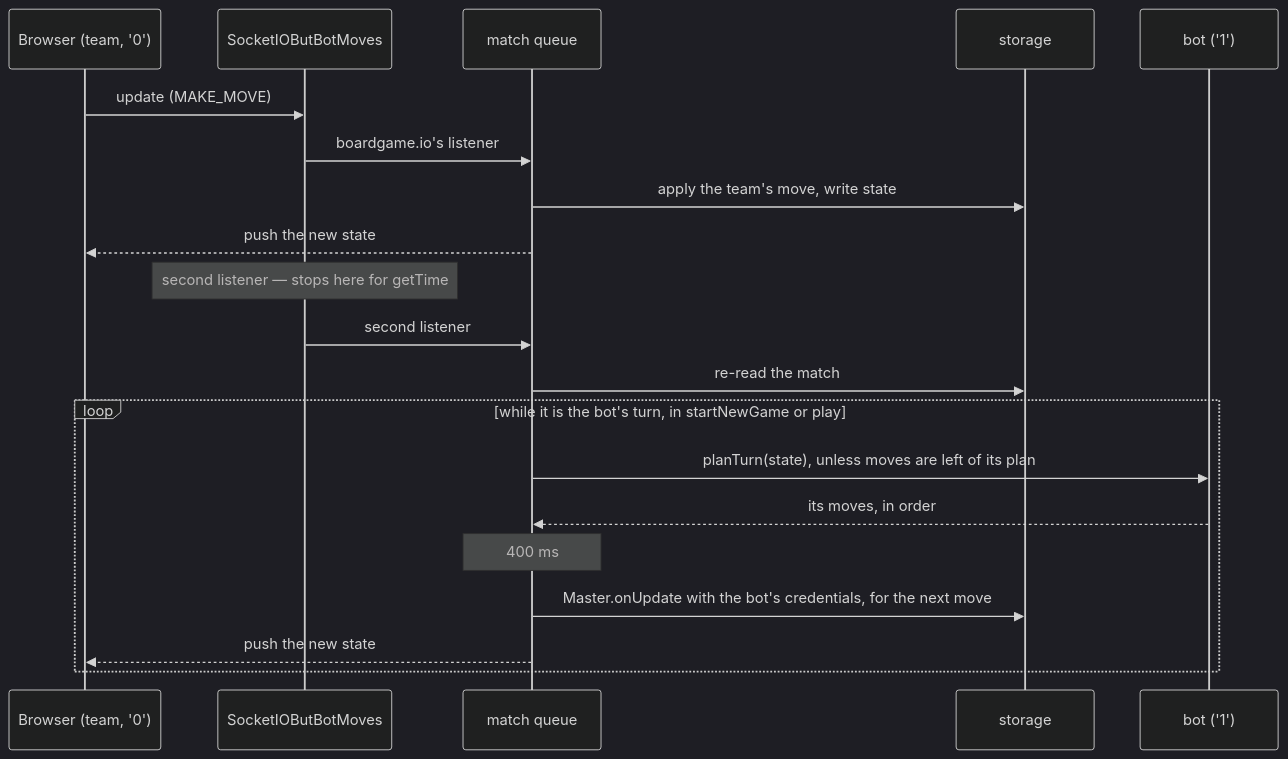
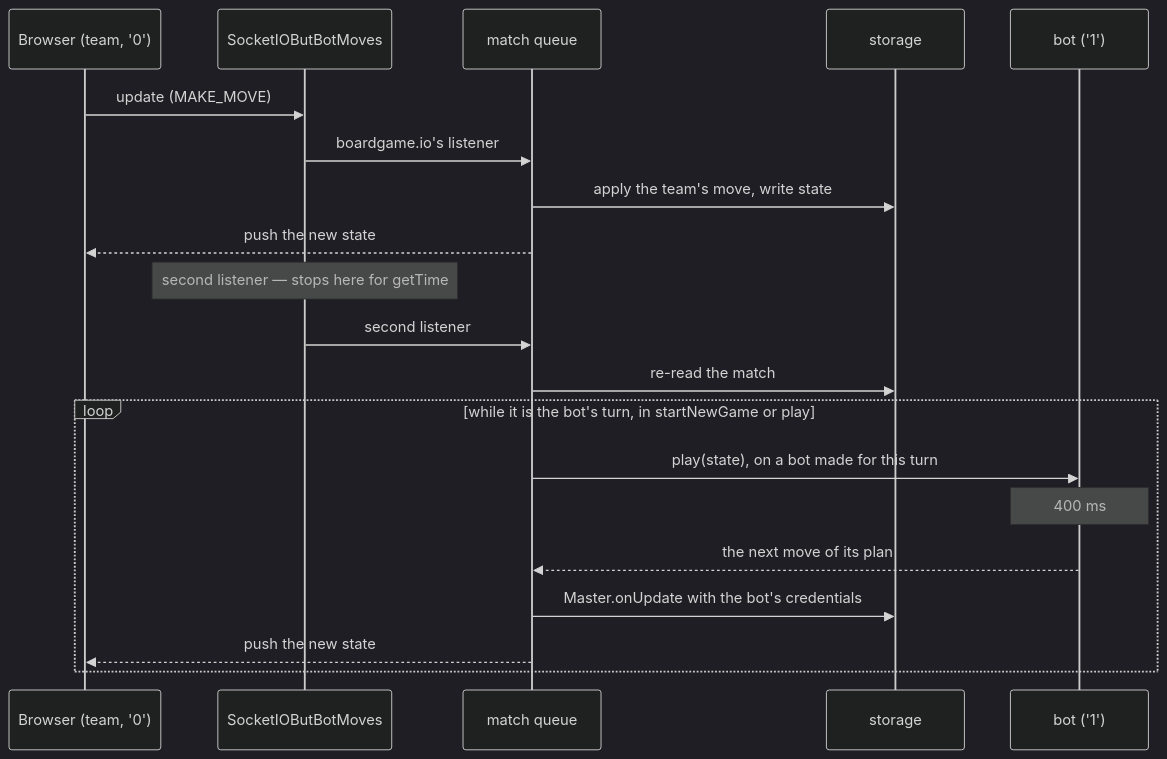
The diagram in docs/ARCHITECTURE.md (a-gondolkodas-orome/durer-aion), drawn with Mermaid (dark theme) before and after one commit. The commit also changed other lines of this file and 5 other files, not shown here.

First line of the commit message:
Keep a bot's plan in the bot alone, which the server makes for each turn

````diff
--- a/docs/ARCHITECTURE.md
+++ b/docs/ARCHITECTURE.md
@@ -98,22 +98,22 @@
 ```mermaid
 sequenceDiagram
     participant B as Browser (team, '0')
     participant T as SocketIOButBotMoves
     participant Q as match queue
     participant S as storage
     participant Bot as bot ('1')
     B->>T: update (MAKE_MOVE)
     T->>Q: boardgame.io's listener
     Q->>S: apply the team's move, write state
     Q-->>B: push the new state
     Note over T: second listener — stops here for getTime
     T->>Q: second listener
     Q->>S: re-read the match
     loop while it is the bot's turn, in startNewGame or play
-        Q->>Bot: planTurn(state), unless moves are left of its plan
-        Bot-->>Q: its moves, in order
-        Note over Q: 400 ms
-        Q->>S: Master.onUpdate with the bot's credentials, for the next move
+        Q->>Bot: play(state), on a bot made for this turn
+        Note over Bot: 400 ms
+        Bot-->>Q: the next move of its plan
+        Q->>S: Master.onUpdate with the bot's credentials
         Q-->>B: push the new state
     end
 ```
````
